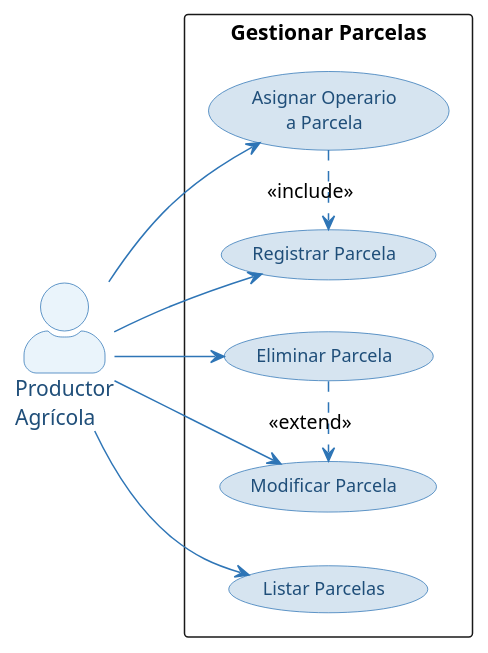
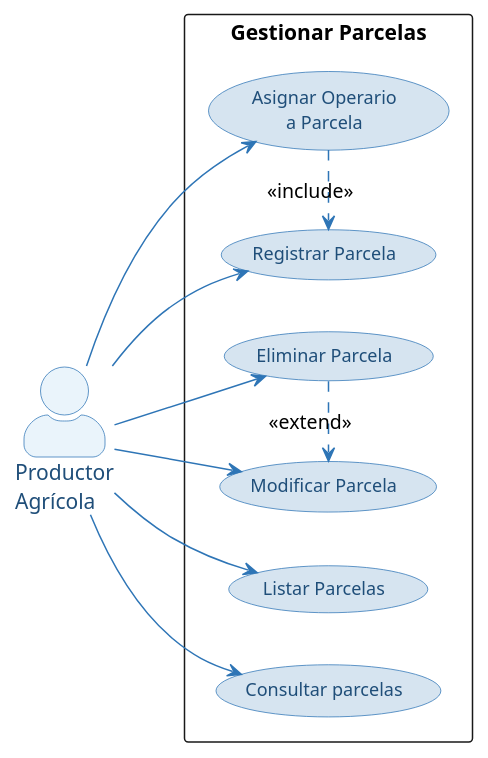
One commit to C4mg943/Arquitectura-Proyecto-final changed the diagram in primer entregable/casos de uso/caso_n1_UC02.puml. Above: the diagram before and after it, drawn with PlantUML. The commit also changed 6 other files, not shown here.

```diff
--- a/primer entregable/casos de uso/caso_n1_UC02.puml
+++ b/primer entregable/casos de uso/caso_n1_UC02.puml
@@ -1,46 +1,47 @@
 @startuml Casos_de_Uso_Nivel_1_UC02
 left to right direction
 
 skinparam actorStyle awesome
 skinparam packageStyle rectangle
 skinparam usecase {
   BackgroundColor #D6E4F0
   BorderColor #2E75B6
   FontColor #1F4E79
   FontSize 12
 }
 skinparam actor {
   BackgroundColor #EAF4FB
   BorderColor #2E75B6
   FontColor #1F4E79
 }
 skinparam ArrowColor #2E75B6
 
 ' Actor
 actor "Productor\nAgrícola" as Productor
 
 ' Sistema
 rectangle "Gestionar Parcelas" {
 
     ' Núcleo CRUD (arriba)
     usecase "Registrar Parcela" as UC02_1
     usecase "Modificar Parcela" as UC02_2
     usecase "Eliminar Parcela" as UC02_3
     usecase "Listar Parcelas" as UC02_4
+    usecase "Consultar parcelas" as UC02_6
 
     ' Función extendida (abajo)
     usecase "Asignar Operario\na Parcela" as UC02_5
 
     ' Relaciones
     UC02_5 .> UC02_1 : <<include>>
     UC02_3 .> UC02_2 : <<extend>>
 }
 
 ' Relaciones con actor
 Productor --> UC02_1
 Productor --> UC02_2
 Productor --> UC02_3
 Productor --> UC02_4
 Productor --> UC02_5
-
+Productor --> UC02_6
 @enduml
```
